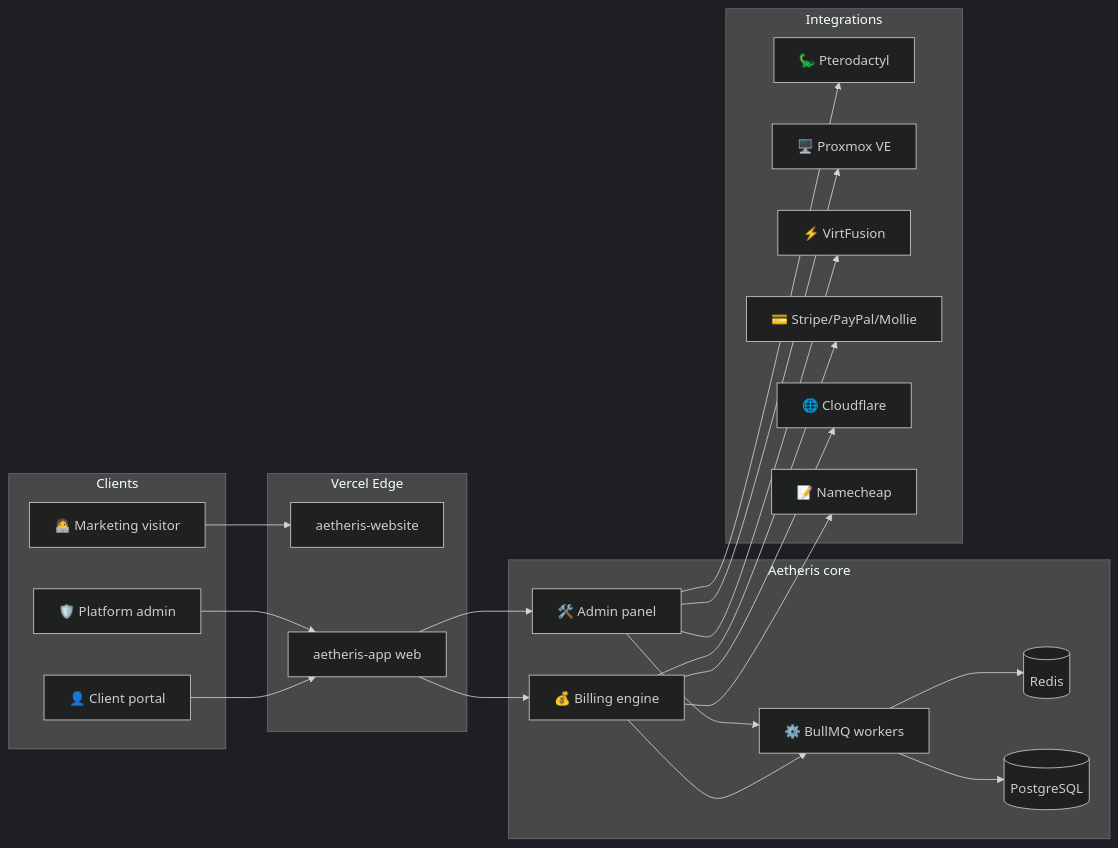
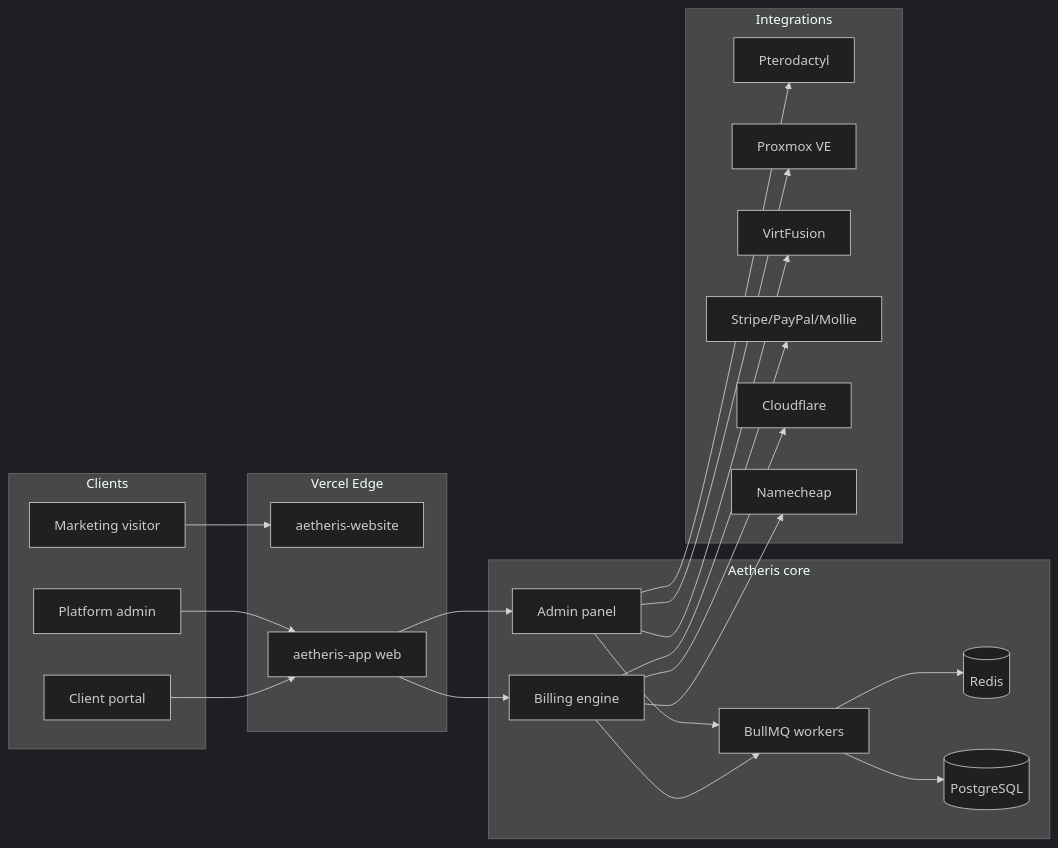
Before and after one commit to aetheris-project/aetheris-app: the first of 2 diagrams in README.md, drawn with Mermaid (dark theme). The commit also changed other lines of this file, not shown here.

````diff
--- a/README.md
+++ b/README.md
@@ -62,39 +62,39 @@
 ```mermaid
 flowchart LR
-  subgraph Clients
-    Visitor[🧑‍💻 Marketing visitor]
-    ClientUser[👤 Client portal]
-    Admin[🛡️ Platform admin]
-  end
+ subgraph Clients
+ Visitor[ Marketing visitor]
+ ClientUser[ Client portal]
+ Admin[ Platform admin]
+ end
 
-  subgraph Edge[Vercel Edge]
-    Site[aetheris-website]
-    App[aetheris-app web]
-  end
+ subgraph Edge[Vercel Edge]
+ Site[aetheris-website]
+ App[aetheris-app web]
+ end
 
-  subgraph Core[Aetheris core]
-    Billing[💰 Billing engine]
-    AdminPlane[🛠️ Admin panel]
-    Workers[⚙️ BullMQ workers]
-    Redis[(Redis)]
-    Postgres[(PostgreSQL)]
-  end
+ subgraph Core[Aetheris core]
+ Billing[ Billing engine]
+ AdminPlane[ Admin panel]
+ Workers[ BullMQ workers]
+ Redis[(Redis)]
+ Postgres[(PostgreSQL)]
+ end
 
-  subgraph External[Integrations]
-    Ptero[🦕 Pterodactyl]
-    PVE[🖥️ Proxmox VE]
-    VF[⚡ VirtFusion]
-    Pay[💳 Stripe/PayPal/Mollie]
-    CF[🌐 Cloudflare]
-    Reg[📝 Namecheap]
-  end
+ subgraph External[Integrations]
+ Ptero[ Pterodactyl]
+ PVE[ Proxmox VE]
+ VF[ VirtFusion]
+ Pay[ Stripe/PayPal/Mollie]
+ CF[ Cloudflare]
+ Reg[ Namecheap]
+ end
 
-  Visitor --> Site
-  ClientUser --> App
-  Admin --> App
-  App --> Billing --> Workers
-  App --> AdminPlane --> Workers
-  Workers --> Redis & Postgres
-  AdminPlane --> Ptero & PVE & VF
-  Billing --> Pay & Reg & CF
+ Visitor --> Site
+ ClientUser --> App
+ Admin --> App
+ App --> Billing --> Workers
+ App --> AdminPlane --> Workers
+ Workers --> Redis & Postgres
+ AdminPlane --> Ptero & PVE & VF
+ Billing --> Pay & Reg & CF
 ```
````
